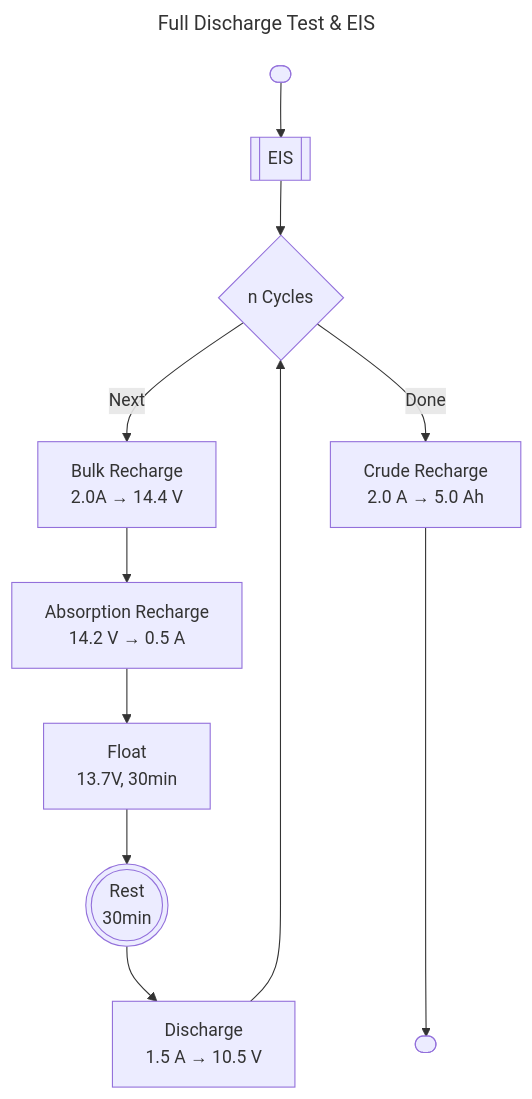
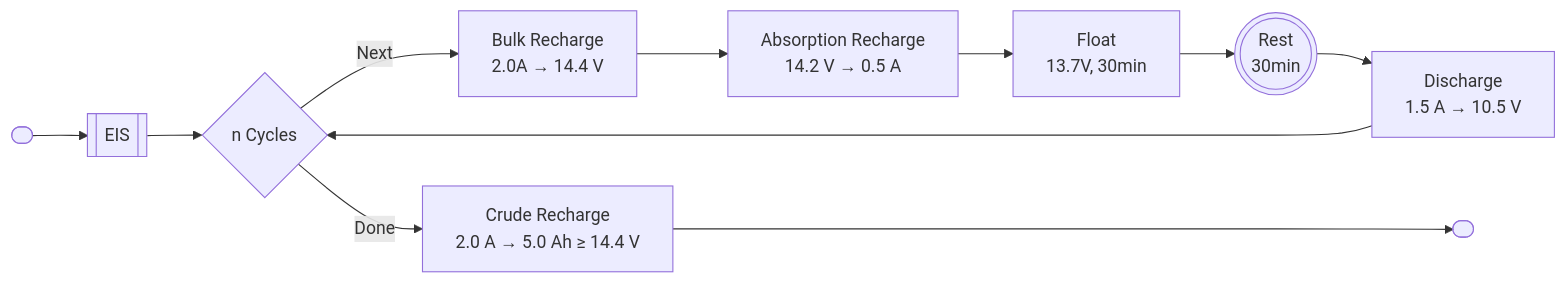
One commit to UCT-MARiS/SISPS-EXP-SOH changed the second of 3 diagrams in Docs/UCT003 SoH Methodology.md. Above: the diagram before and after it, drawn with Mermaid. The commit also changed other lines of this file and 2 other files, not shown here.

````diff
--- a/Docs/UCT003 SoH Methodology.md
+++ b/Docs/UCT003 SoH Methodology.md
@@ -65,30 +77,26 @@
 ```mermaid
----
-title: Full Discharge Test & EIS
----
-
-flowchart TB
+flowchart LR
 
 start([ ])
 eis[[EIS]]
 cycle{n Cycles}
 discharge[Discharge<br>1.5 A &rarr; 10.5 V]
 wait(((Rest<br>30min)))
 bulk[Bulk Recharge<br>2.0A &rarr; 14.4 V]
 absorb[Absorption Recharge<br>14.2 V #rarr; 0.5 A]
 float[Float<br>13.7V, 30min]
-recharge[Crude Recharge<br>2.0 A #rarr; 5.0 Ah]
+recharge[Crude Recharge<br>2.0 A #rarr; 5.0 Ah &geq; 14.4 V]
 done([ ])
 
 start --> eis
 eis --> cycle 
 cycle -->|Next| bulk
 bulk --> absorb
 absorb --> float
 float --> wait
 wait --> discharge
 discharge --> cycle
 
 cycle -->|Done| recharge
 recharge -----> done
 ```
````
